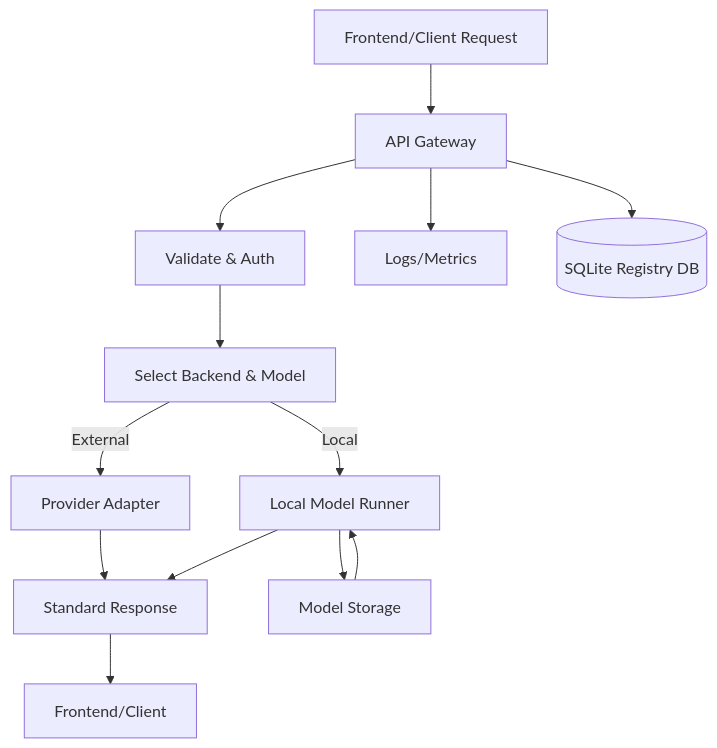
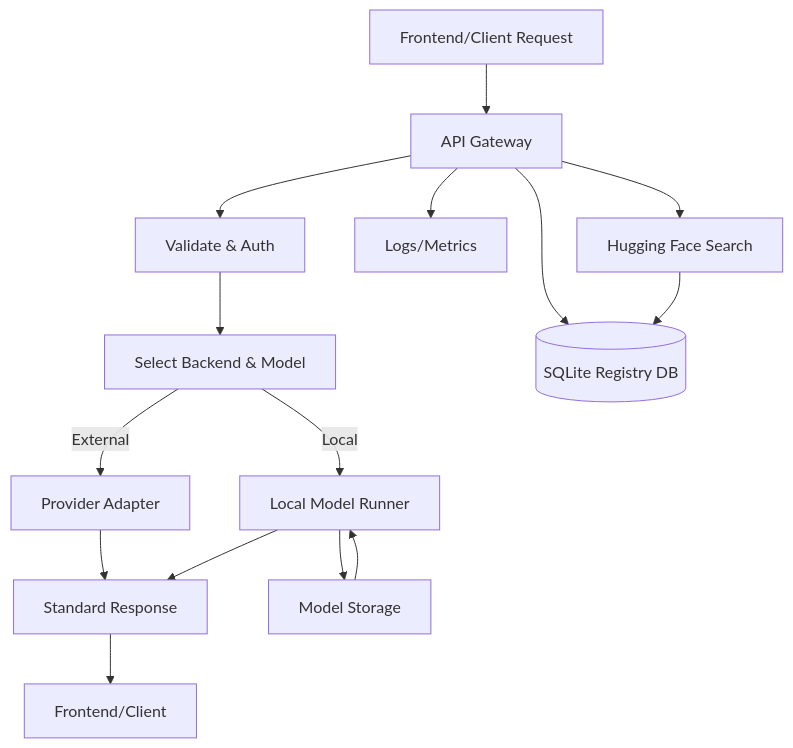
Before and after one commit to pluggably/llm_api: the third of 3 diagrams in docs/architecture/system_architecture.md, drawn with Mermaid. The commit also changed other lines of this file and 30 other files, not shown here.

````diff
--- a/docs/architecture/system_architecture.md
+++ b/docs/architecture/system_architecture.md
@@ -83,15 +94,17 @@
 ```mermaid
 graph TD
     Req[Frontend/Client Request] --> Gateway[API Gateway]
     Gateway --> Validate[Validate & Auth]
     Validate --> Select[Select Backend & Model]
     Select -->|External| Adapter[Provider Adapter]
     Select -->|Local| Runner[Local Model Runner]
     Adapter --> Resp[Standard Response]
     Runner --> Resp
     Resp --> Client[Frontend/Client]
     Runner --> Storage[Model Storage]
     Storage --> Runner
     Gateway --> Logs[Logs/Metrics]
     Gateway --> RegistryDB[(SQLite Registry DB)]
+    Gateway --> HF[Hugging Face Search]
+    HF --> RegistryDB
 ```
````
